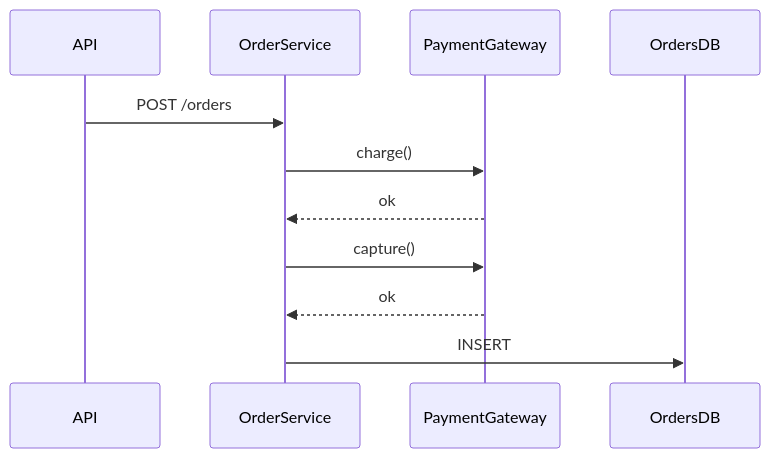
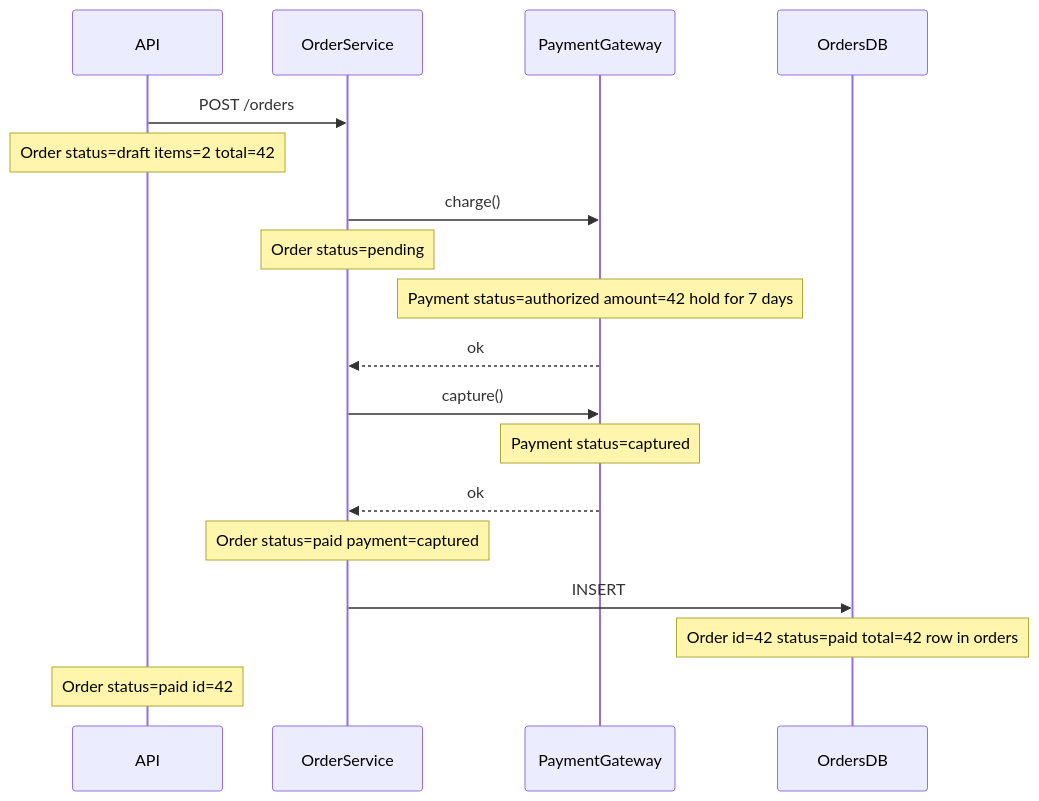
One commit to thibaudnavarre/docdive changed the diagram in fixtures/toy/scenarios/checkout.md. Above: the diagram before and after it, drawn with Mermaid. The commit also changed 8 other files, not shown here.

````diff
--- a/fixtures/toy/scenarios/checkout.md
+++ b/fixtures/toy/scenarios/checkout.md
@@ -5,9 +5,16 @@
 ```mermaid
 sequenceDiagram
   API->>OrderService: POST /orders
+  Note over API: Order status=draft items=2 total=42
   OrderService->>PaymentGateway: charge()
+  Note over OrderService: Order status=pending
+  Note over PaymentGateway: Payment status=authorized amount=42 hold for 7 days
   PaymentGateway-->>OrderService: ok
   OrderService->>PaymentGateway: capture()
+  Note over PaymentGateway: Payment status=captured
   PaymentGateway-->>OrderService: ok
+  Note over OrderService: Order status=paid payment=captured
   OrderService->>OrdersDB: INSERT
+  Note over OrdersDB: Order id=42 status=paid total=42 row in orders
+  Note over API: Order status=paid id=42
 ```
````
